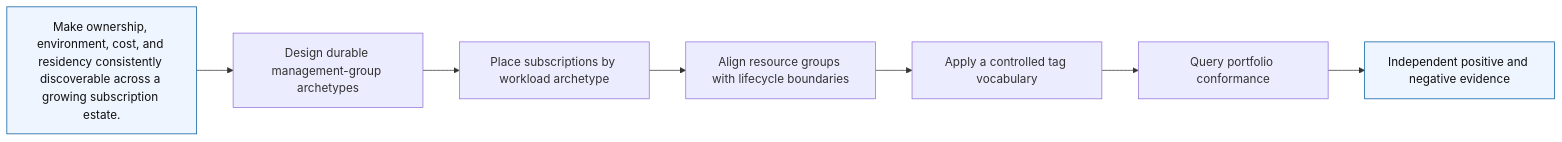
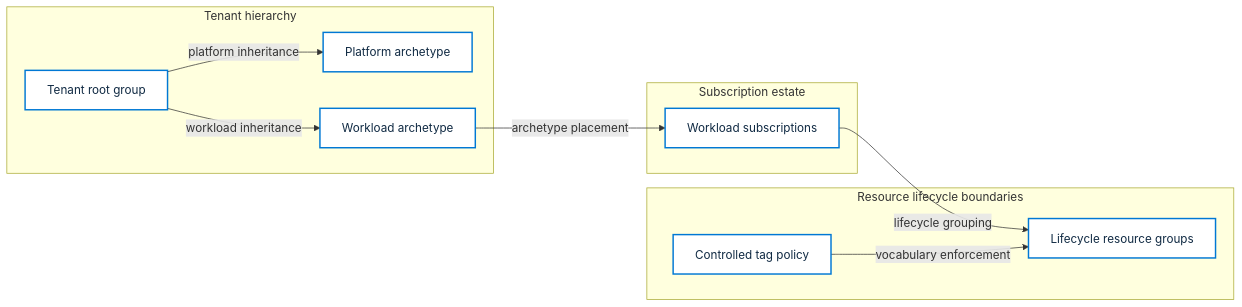
One commit to Jamonygr/Azure-Solutions-Architect-Expert changed the diagram in labs/06-resource-hierarchy-tag-governance/diagrams/architecture.mmd. Above: the diagram before and after it, drawn with Mermaid. The commit also changed 144 other files, not shown here.

```diff
--- a/labs/06-resource-hierarchy-tag-governance/diagrams/architecture.mmd
+++ b/labs/06-resource-hierarchy-tag-governance/diagrams/architecture.mmd
@@ -1,12 +1,22 @@
 %% BEGIN GENERATED AZ305 V1
 flowchart LR
-    R["Make ownership, environment, cost, and residency consistently discoverable across a growing subscription estate."]
-    R --> C1["Design durable management-group archetypes"]
-    C1 --> C2["Place subscriptions by workload archetype"]
-    C2 --> C3["Align resource groups with lifecycle boundaries"]
-    C3 --> C4["Apply a controlled tag vocabulary"]
-    C4 --> C5["Query portfolio conformance"]
-    C5 --> E["Independent positive and negative evidence"]
-    classDef boundary fill:#eef5ff,stroke:#005a9e,color:#111
-    class R,E boundary
+    subgraph B_tenant_hierarchy["Tenant hierarchy"]
+        N_tenant_root["Tenant root group"]
+        N_platform_mg["Platform archetype"]
+        N_workload_mg["Workload archetype"]
+    end
+    subgraph B_subscription_estate["Subscription estate"]
+        N_subscriptions["Workload subscriptions"]
+    end
+    subgraph B_resource_lifecycle["Resource lifecycle boundaries"]
+        N_resource_groups["Lifecycle resource groups"]
+        N_tag_policy["Controlled tag policy"]
+    end
+    N_tenant_root -->|"platform inheritance"| N_platform_mg
+    N_tenant_root -->|"workload inheritance"| N_workload_mg
+    N_workload_mg -->|"archetype placement"| N_subscriptions
+    N_subscriptions -->|"lifecycle grouping"| N_resource_groups
+    N_tag_policy -->|"vocabulary enforcement"| N_resource_groups
+    classDef service fill:#ffffff,stroke:#0078d4,color:#102a43,stroke-width:2px
+    class N_tenant_root,N_platform_mg,N_workload_mg,N_subscriptions,N_resource_groups,N_tag_policy service
 %% END GENERATED AZ305 V1
```
